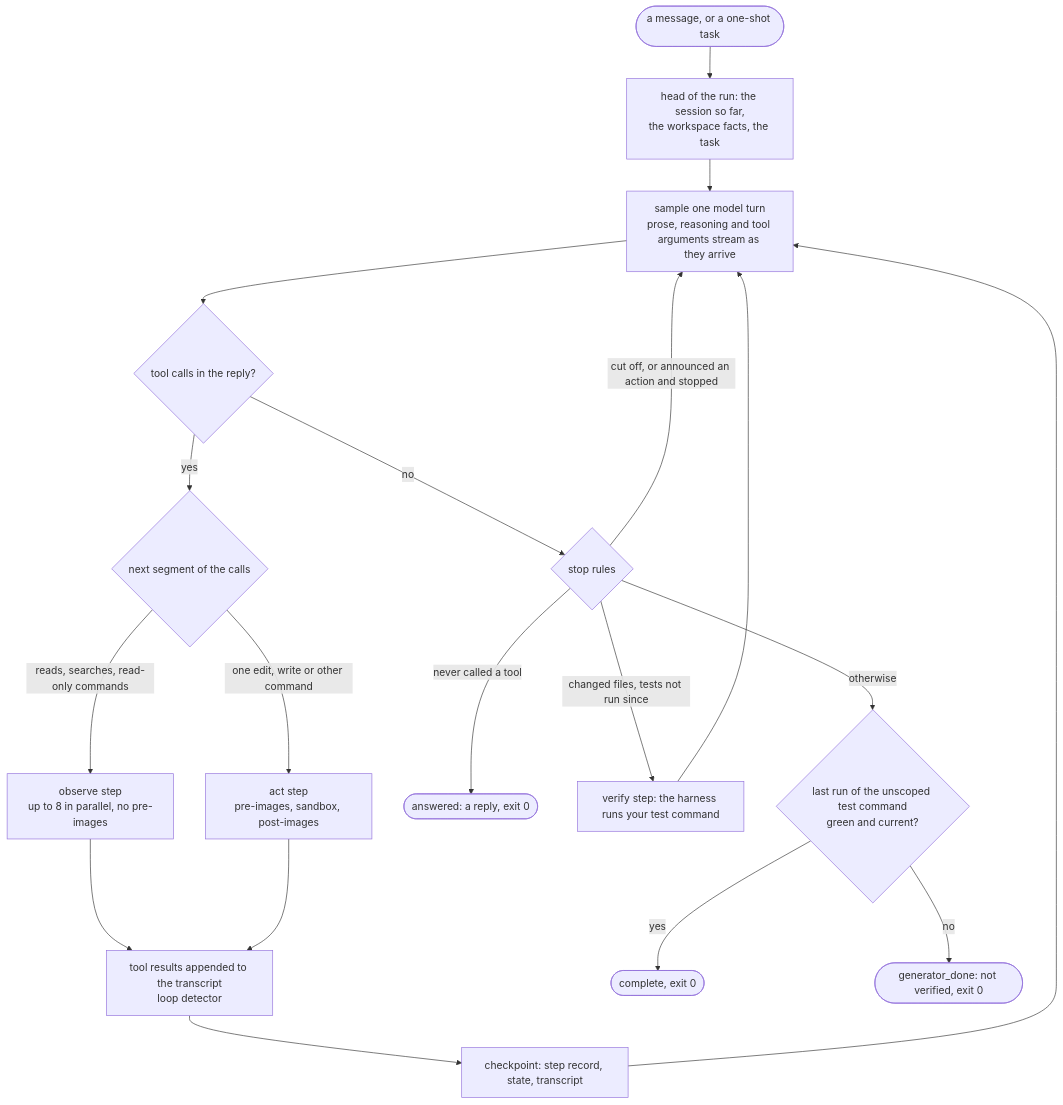
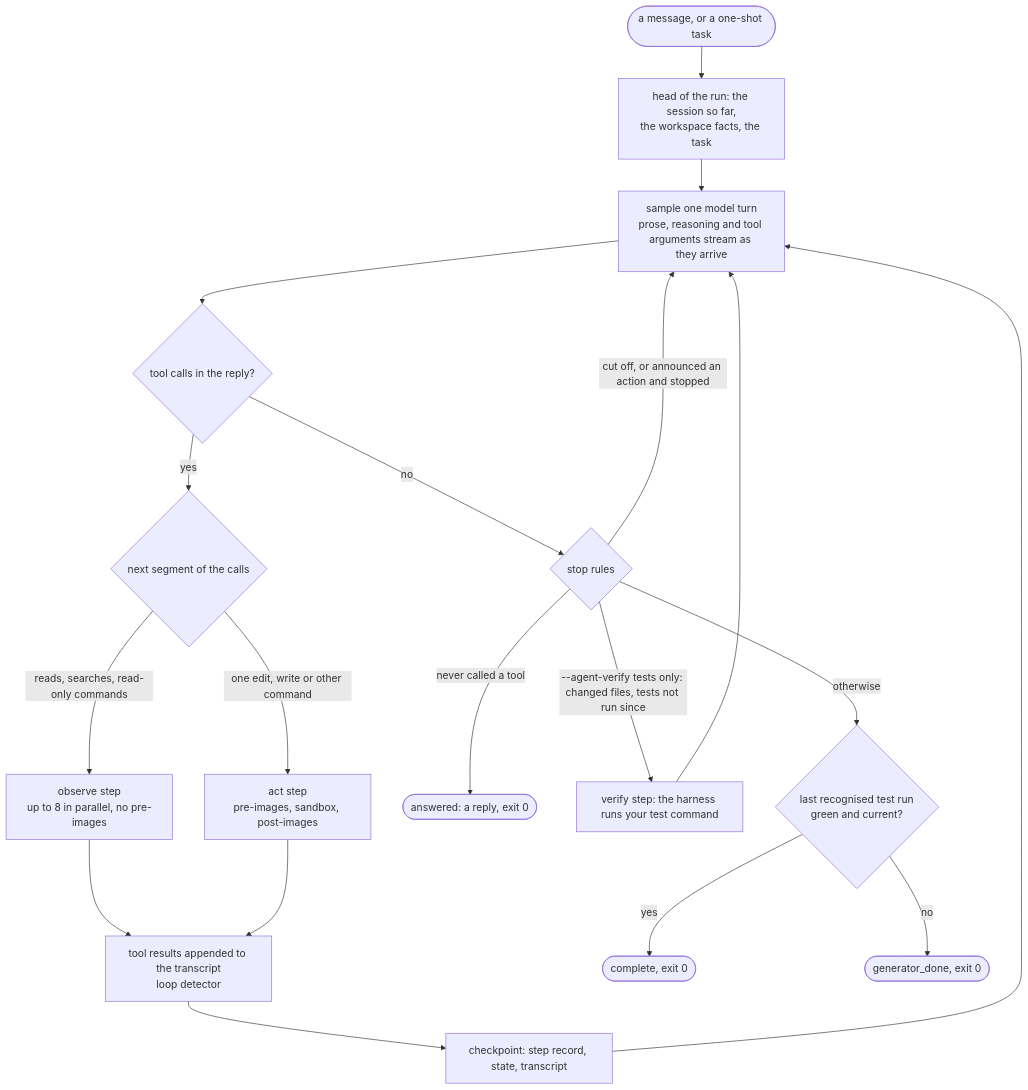
Before and after one commit to coasty-ai/JevCode: the first of 2 diagrams in docs/architecture/agent-loop.md, drawn with Mermaid. The commit also changed other lines of this file and 10 other files, not shown here.

````diff
--- a/docs/architecture/agent-loop.md
+++ b/docs/architecture/agent-loop.md
@@ -19,21 +20,21 @@
 ```mermaid
 flowchart TD
   MSG(["a message, or a one-shot task"]) --> HEAD["head of the run: the session so far,<br/>the workspace facts, the task"]
   HEAD --> SAMPLE["sample one model turn<br/>prose, reasoning and tool arguments stream as they arrive"]
   SAMPLE --> CALLS{"tool calls in the reply?"}
   CALLS -- yes --> SEG{"next segment of the calls"}
   SEG -- "reads, searches, read-only commands" --> OBS["observe step<br/>up to 8 in parallel, no pre-images"]
   SEG -- "one edit, write or other command" --> ACT["act step<br/>pre-images, sandbox, post-images"]
   OBS --> RESULTS["tool results appended to the transcript<br/>loop detector"]
   ACT --> RESULTS
   RESULTS --> CHECK["checkpoint: step record, state, transcript"]
   CHECK --> SAMPLE
   CALLS -- no --> STOPQ{"stop rules"}
   STOPQ -- "never called a tool" --> ANSWERED(["answered: a reply, exit 0"])
   STOPQ -- "cut off, or announced an action and stopped" --> SAMPLE
-  STOPQ -- "changed files, tests not run since" --> VERIFY["verify step: the harness runs your test command"]
+  STOPQ -- "--agent-verify tests only: changed files, tests not run since" --> VERIFY["verify step: the harness runs your test command"]
   VERIFY --> SAMPLE
-  STOPQ -- otherwise --> FINISH{"last run of the unscoped test command<br/>green and current?"}
+  STOPQ -- otherwise --> FINISH{"last recognised test run<br/>green and current?"}
   FINISH -- yes --> COMPLETE(["complete, exit 0"])
-  FINISH -- no --> DONE(["generator_done: not verified, exit 0"])
+  FINISH -- no --> DONE(["generator_done, exit 0"])
 ```
````
